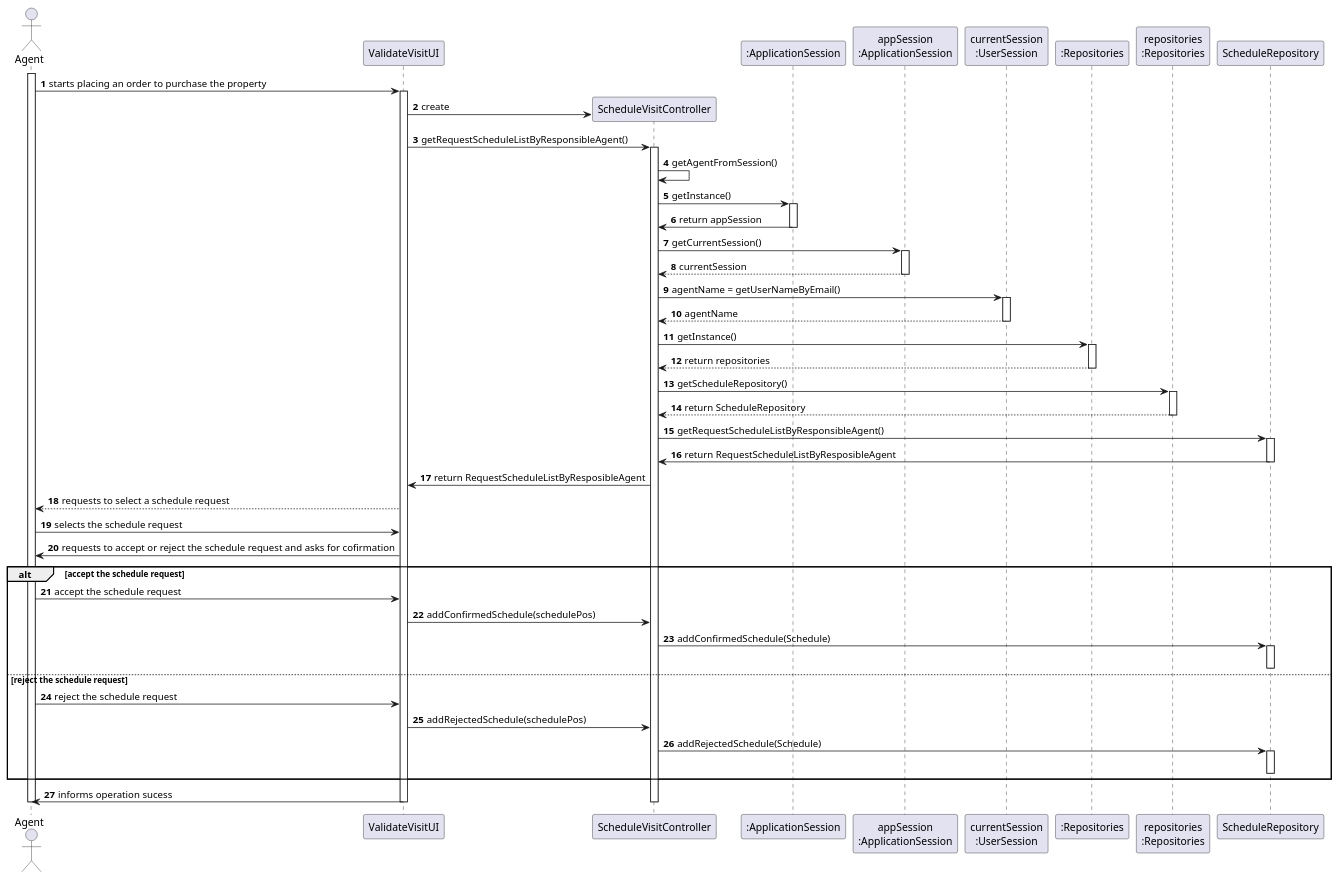
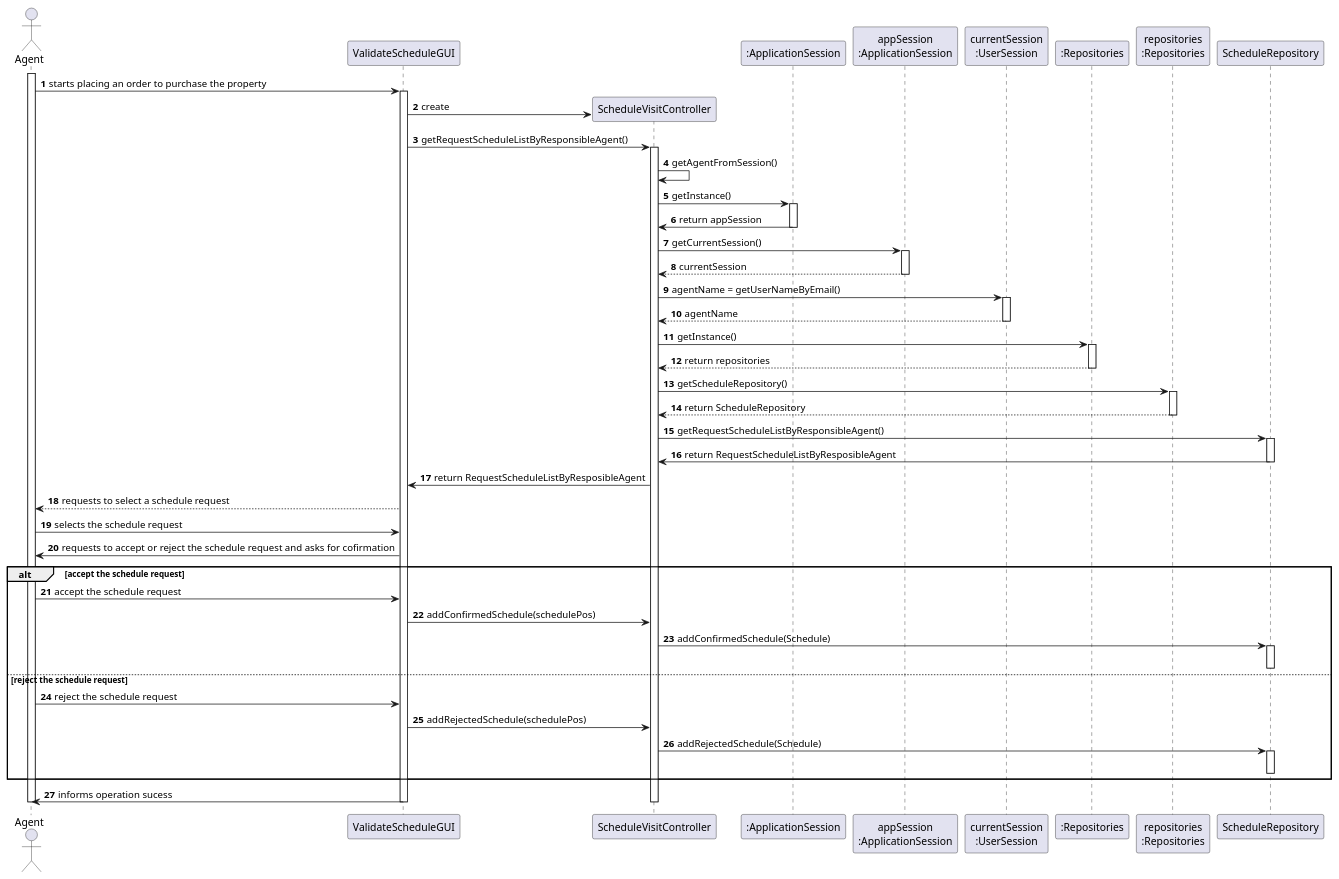
One commit to tiagohcorreia/LAPR2 changed the diagram in docs/sprintD/US016/03.design/puml/SD.puml. Above: the diagram before and after it, drawn with PlantUML. The commit also changed 3 other files, not shown here.

```diff
--- a/docs/sprintD/US016/03.design/puml/SD.puml
+++ b/docs/sprintD/US016/03.design/puml/SD.puml
@@ -1,99 +1,99 @@
 @startuml
 
 autonumber
 
 actor Agent as agent
-participant ValidateVisitUI as ui
+participant ValidateScheduleGUI as gui
 participant ScheduleVisitController as ctr
 participant ":ApplicationSession" as _APP
 participant "appSession\n:ApplicationSession" as APP
 participant "currentSession\n:UserSession" as sessao
 participant ScheduleRepository
 participant ":Repositories" as RepositorySingleton
 participant "repositories\n:Repositories" as rep
 participant ScheduleRepository
 
 autonumber
 
 activate agent
 
-agent -> ui: starts placing an order to purchase the property
+agent -> gui: starts placing an order to purchase the property
 
-activate ui
+activate gui
 
-ui -> ctr** : create
+gui -> ctr** : create
 
-ui -> ctr: getRequestScheduleListByResponsibleAgent()
+gui -> ctr: getRequestScheduleListByResponsibleAgent()
 
 activate ctr
 ctr -> ctr: getAgentFromSession()
 ctr -> _APP: getInstance()
 activate _APP
 _APP ->ctr: return appSession
 deactivate _APP
 ctr -> APP: getCurrentSession()
 activate APP
 APP --> ctr: currentSession
 deactivate APP
 ctr -> sessao: agentName = getUserNameByEmail()
 activate sessao
 sessao --> ctr : agentName
 deactivate sessao
 
 ctr -> RepositorySingleton: getInstance()
 activate RepositorySingleton
 RepositorySingleton --> ctr: return repositories
 deactivate RepositorySingleton
 
 ctr-> rep: getScheduleRepository()
 activate rep
 rep-->ctr: return ScheduleRepository
 deactivate rep
 
 ctr -> ScheduleRepository: getRequestScheduleListByResponsibleAgent()
 
 activate ScheduleRepository
 ScheduleRepository -> ctr: return RequestScheduleListByResposibleAgent
 deactivate ScheduleRepository
 
-ctr -> ui: return RequestScheduleListByResposibleAgent
+ctr -> gui: return RequestScheduleListByResposibleAgent
 
-ui --> agent: requests to select a schedule request
-agent -> ui: selects the schedule request
+gui --> agent: requests to select a schedule request
+agent -> gui: selects the schedule request
 
-ui-> agent: requests to accept or reject the schedule request and asks for cofirmation
+gui-> agent: requests to accept or reject the schedule request and asks for cofirmation
 
 alt accept the schedule request
 
-    agent-> ui: accept the schedule request
+    agent-> gui: accept the schedule request
 
-    ui -> ctr: addConfirmedSchedule(schedulePos)
+    gui -> ctr: addConfirmedSchedule(schedulePos)
 
     ctr -> ScheduleRepository: addConfirmedSchedule(Schedule)
     activate ScheduleRepository
 
     deactivate ScheduleRepository
 
 else reject the schedule request
 
-    agent-> ui: reject the schedule request
+    agent-> gui: reject the schedule request
 
-    ui -> ctr: addRejectedSchedule(schedulePos)
+    gui -> ctr: addRejectedSchedule(schedulePos)
 
     ctr -> ScheduleRepository: addRejectedSchedule(Schedule)
     activate ScheduleRepository
 
     deactivate ScheduleRepository
 
 end
 
-ui-> agent: informs operation sucess
+gui-> agent: informs operation sucess
 
 
 deactivate ctr
-deactivate ui
+deactivate gui
 
 
 deactivate agent
 
 @enduml
```
